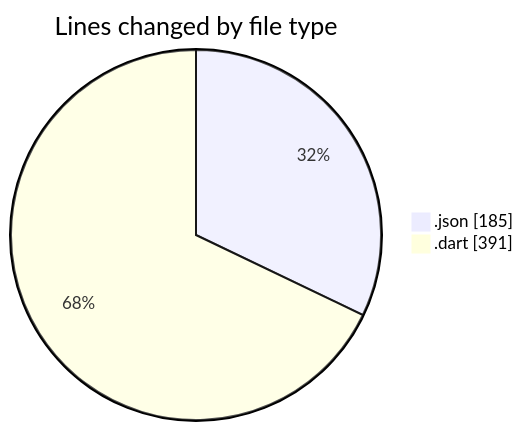
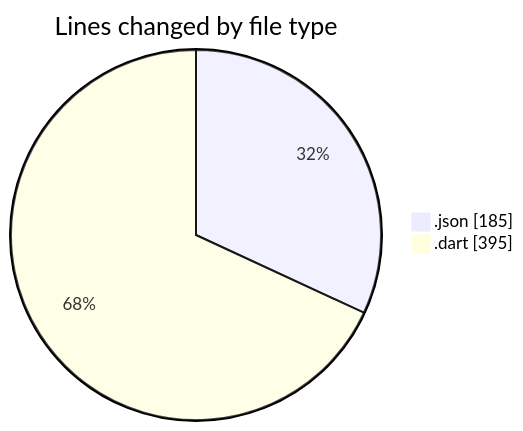
Before and after one commit to Ritupan-Deka/code-tracking: the first of 2 diagrams in 2025-06-15/projects/README.md, drawn with Mermaid. The commit also changed other lines of this file and 1 other file, not shown here.

````diff
--- a/2025-06-15/projects/README.md
+++ b/2025-06-15/projects/README.md
@@ -24,6 +24,6 @@
 ```mermaid
 pie showData
 title Lines changed by file type
 ".json" : 185
-".dart" : 391
+".dart" : 395
 ```
````
